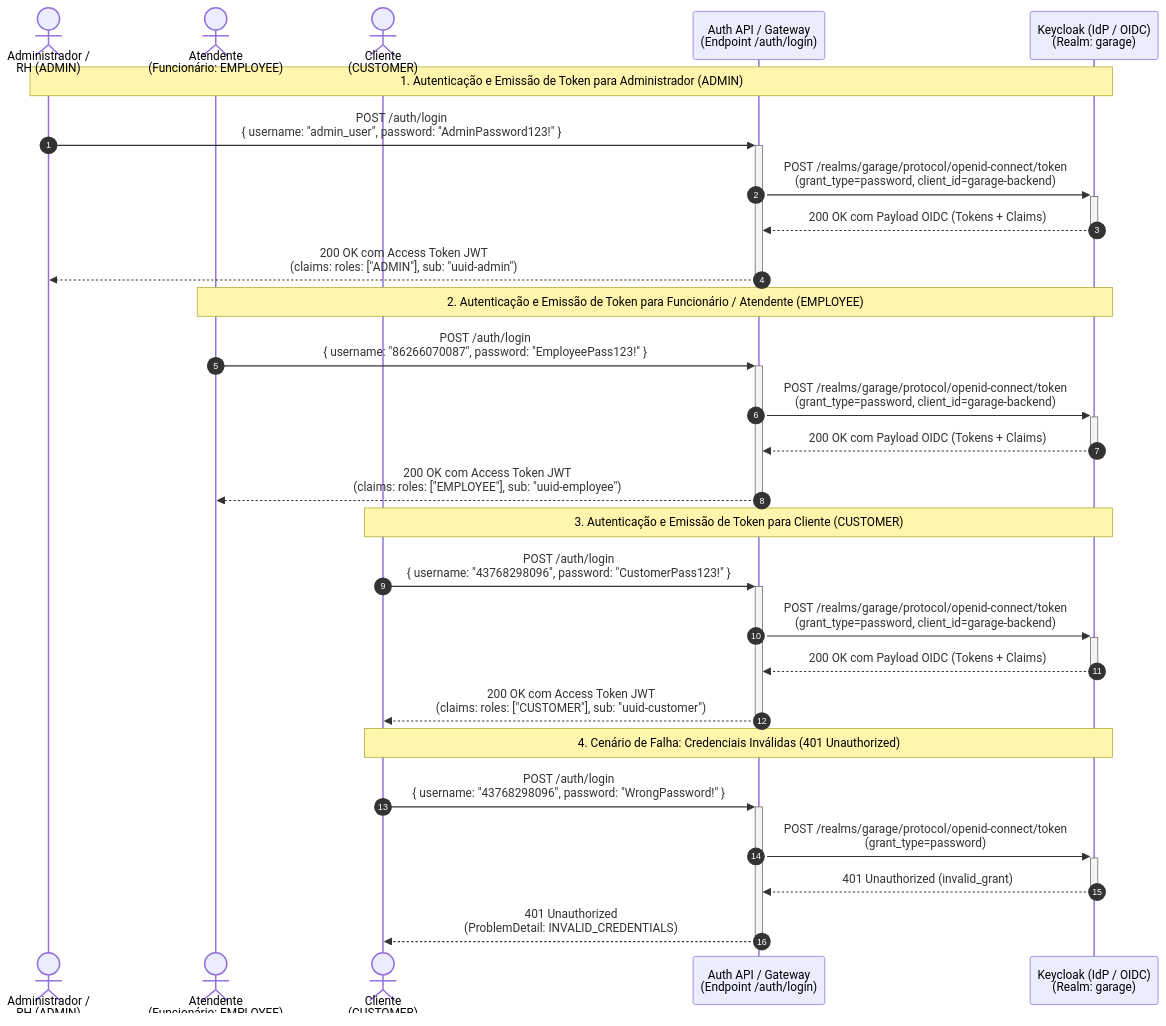
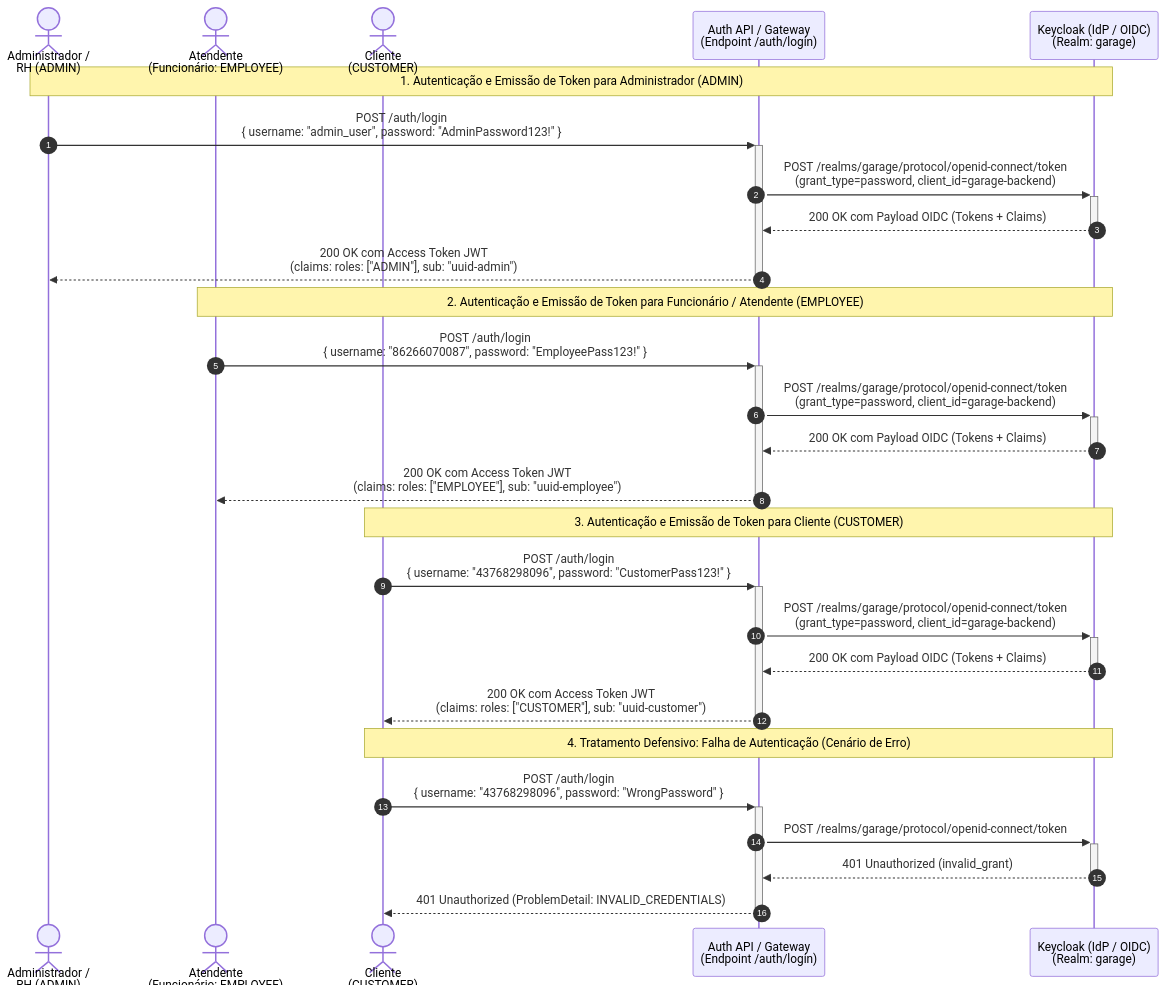
One commit to rodsordi/15soat-phase4-e2e changed the diagram in src/test/resources/features/auth-lambda/user_authentication.md. Above: the diagram before and after it, drawn with Mermaid. The commit also changed other lines of this file and 19 other files, not shown here.

Commit message:
feat(e2e): update sequence diagrams, estimate lifecycle features and step definitions

````diff
--- a/src/test/resources/features/auth-lambda/user_authentication.md
+++ b/src/test/resources/features/auth-lambda/user_authentication.md
@@ -27,45 +20,45 @@
 ```mermaid
 sequenceDiagram
     autonumber
     actor Admin as Administrador /<br/>RH (ADMIN)
     actor Ator as Atendente<br/>(Funcionário: EMPLOYEE)
     actor Cliente as Cliente<br/>(CUSTOMER)
     participant Lambda as Auth API / Gateway<br/>(Endpoint /auth/login)
     participant KC as Keycloak (IdP / OIDC)<br/>(Realm: garage)
 
     %% -------------------------------------------------------------------------
     %% 1. Autenticação e Emissão de Token para Administrador (ADMIN)
     %% -------------------------------------------------------------------------
     Note over Admin,KC: 1. Autenticação e Emissão de Token para Administrador (ADMIN)
     Admin->>+Lambda: POST /auth/login<br/>{ username: "admin_user", password: "AdminPassword123!" }
     Lambda->>+KC: POST /realms/garage/protocol/openid-connect/token<br/>(grant_type=password, client_id=garage-backend)
     KC-->>-Lambda: 200 OK com Payload OIDC (Tokens + Claims)
     Lambda-->>-Admin: 200 OK com Access Token JWT<br/>(claims: roles: ["ADMIN"], sub: "uuid-admin")
 
     %% -------------------------------------------------------------------------
     %% 2. Autenticação e Emissão de Token para Funcionário / Atendente (EMPLOYEE)
     %% -------------------------------------------------------------------------
     Note over Ator,KC: 2. Autenticação e Emissão de Token para Funcionário / Atendente (EMPLOYEE)
     Ator->>+Lambda: POST /auth/login<br/>{ username: "86266070087", password: "EmployeePass123!" }
     Lambda->>+KC: POST /realms/garage/protocol/openid-connect/token<br/>(grant_type=password, client_id=garage-backend)
     KC-->>-Lambda: 200 OK com Payload OIDC (Tokens + Claims)
     Lambda-->>-Ator: 200 OK com Access Token JWT<br/>(claims: roles: ["EMPLOYEE"], sub: "uuid-employee")
 
     %% -------------------------------------------------------------------------
     %% 3. Autenticação e Emissão de Token para Cliente (CUSTOMER)
     %% -------------------------------------------------------------------------
     Note over Cliente,KC: 3. Autenticação e Emissão de Token para Cliente (CUSTOMER)
     Cliente->>+Lambda: POST /auth/login<br/>{ username: "43768298096", password: "CustomerPass123!" }
     Lambda->>+KC: POST /realms/garage/protocol/openid-connect/token<br/>(grant_type=password, client_id=garage-backend)
     KC-->>-Lambda: 200 OK com Payload OIDC (Tokens + Claims)
     Lambda-->>-Cliente: 200 OK com Access Token JWT<br/>(claims: roles: ["CUSTOMER"], sub: "uuid-customer")
 
     %% -------------------------------------------------------------------------
-    %% 4. Cenário de Falha: Credenciais Inválidas (401 Unauthorized)
+    %% 4. Tratamento Defensivo: Credenciais Inválidas (401 Unauthorized)
     %% -------------------------------------------------------------------------
-    Note over Cliente,KC: 4. Cenário de Falha: Credenciais Inválidas (401 Unauthorized)
-    Cliente->>+Lambda: POST /auth/login<br/>{ username: "43768298096", password: "WrongPassword!" }
-    Lambda->>+KC: POST /realms/garage/protocol/openid-connect/token<br/>(grant_type=password)
+    Note over Cliente,KC: 4. Tratamento Defensivo: Falha de Autenticação (Cenário de Erro)
+    Cliente->>+Lambda: POST /auth/login<br/>{ username: "43768298096", password: "WrongPassword" }
+    Lambda->>+KC: POST /realms/garage/protocol/openid-connect/token
     KC-->>-Lambda: 401 Unauthorized (invalid_grant)
-    Lambda-->>-Cliente: 401 Unauthorized<br/>(ProblemDetail: INVALID_CREDENTIALS)
+    Lambda-->>-Cliente: 401 Unauthorized (ProblemDetail: INVALID_CREDENTIALS)
 ```
````
